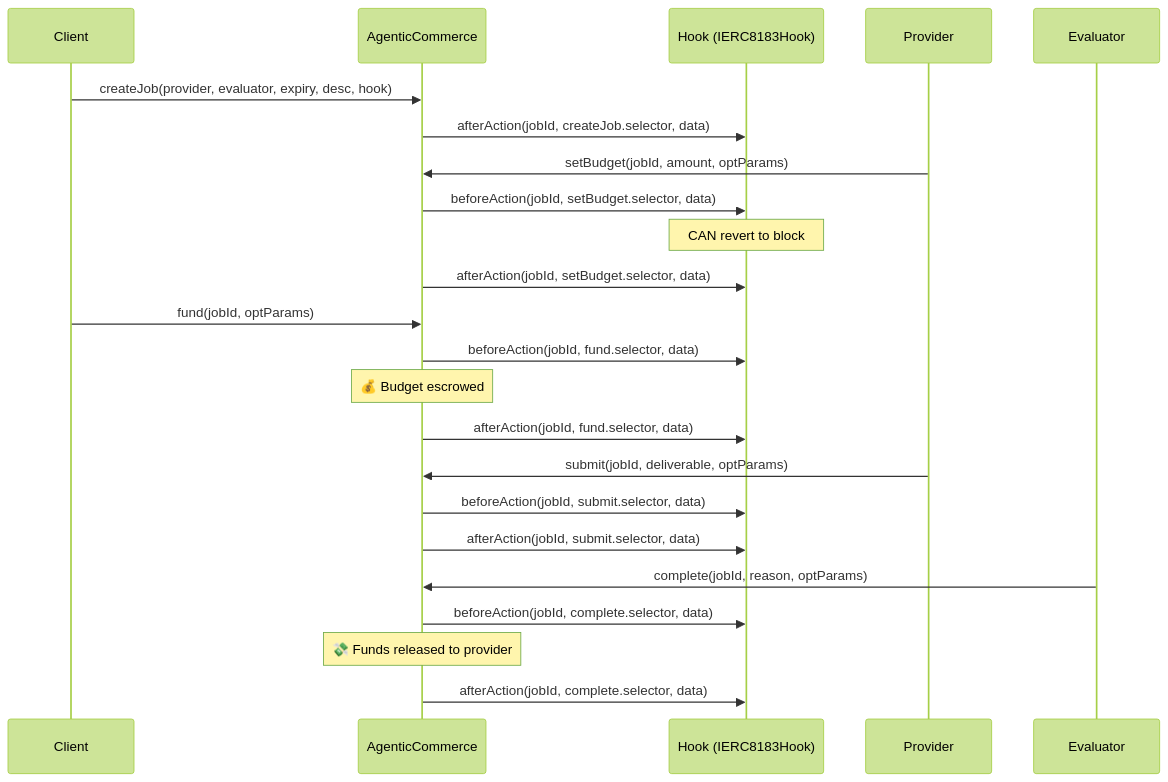
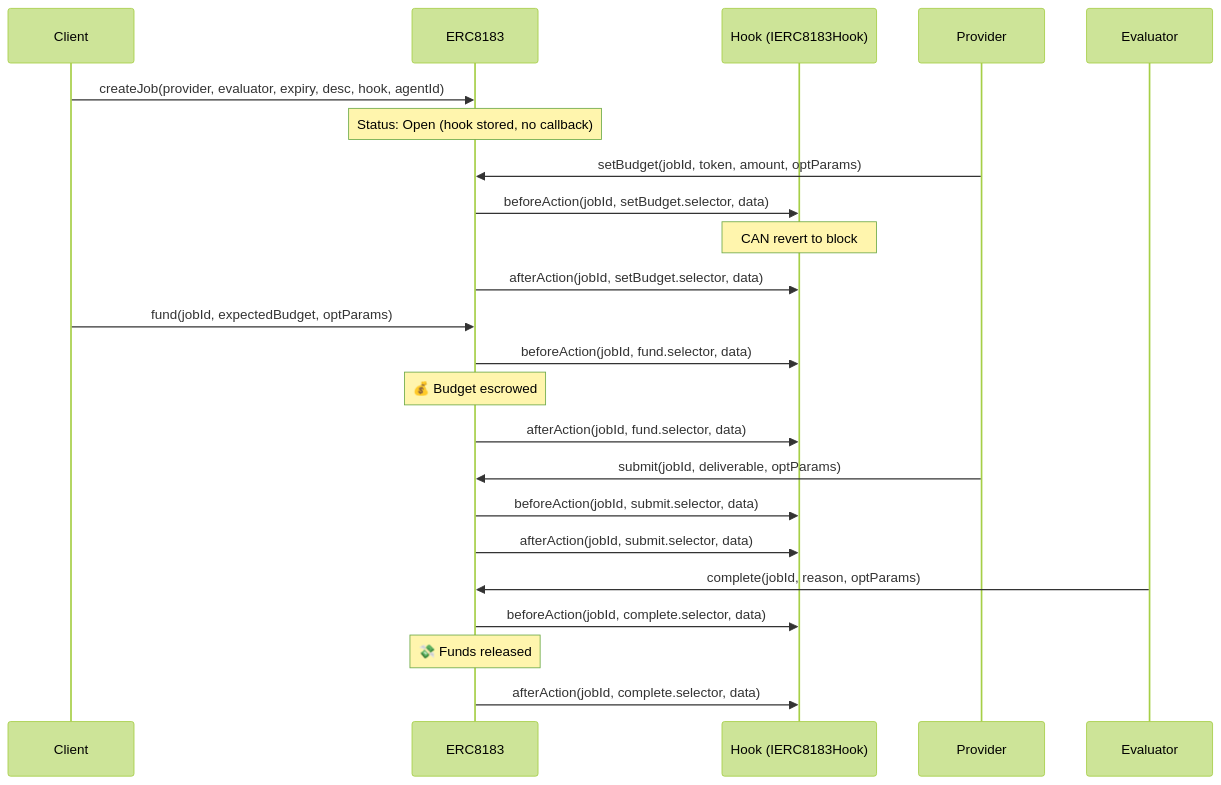
The third of 3 diagrams in docs/01-architecture.md (erc-8183/base-contracts), drawn with Mermaid (forest theme) before and after one commit. The commit also changed other lines of this file and 9 other files, not shown here.

Commit message:
feat: harden ERC8183 escrow, rename AgenticCommerce contract and update docs

````diff
--- a/docs/01-architecture.md
+++ b/docs/01-architecture.md
@@ -52,30 +57,30 @@
 ```mermaid
 sequenceDiagram
     participant C as Client
-    participant AC as AgenticCommerce
+    participant AC as ERC8183
     participant H as Hook (IERC8183Hook)
     participant P as Provider
     participant E as Evaluator
 
-    C->>AC: createJob(provider, evaluator, expiry, desc, hook)
-    AC->>H: afterAction(jobId, createJob.selector, data)
+    C->>AC: createJob(provider, evaluator, expiry, desc, hook, agentId)
+    Note over AC: Status: Open (hook stored, no callback)
 
-    P->>AC: setBudget(jobId, amount, optParams)
+    P->>AC: setBudget(jobId, token, amount, optParams)
     AC->>H: beforeAction(jobId, setBudget.selector, data)
     Note over H: CAN revert to block
     AC->>H: afterAction(jobId, setBudget.selector, data)
 
-    C->>AC: fund(jobId, optParams)
+    C->>AC: fund(jobId, expectedBudget, optParams)
     AC->>H: beforeAction(jobId, fund.selector, data)
     Note over AC: 💰 Budget escrowed
     AC->>H: afterAction(jobId, fund.selector, data)
 
     P->>AC: submit(jobId, deliverable, optParams)
     AC->>H: beforeAction(jobId, submit.selector, data)
     AC->>H: afterAction(jobId, submit.selector, data)
 
     E->>AC: complete(jobId, reason, optParams)
     AC->>H: beforeAction(jobId, complete.selector, data)
-    Note over AC: 💸 Funds released to provider
+    Note over AC: 💸 Funds released
     AC->>H: afterAction(jobId, complete.selector, data)
 ```
````
